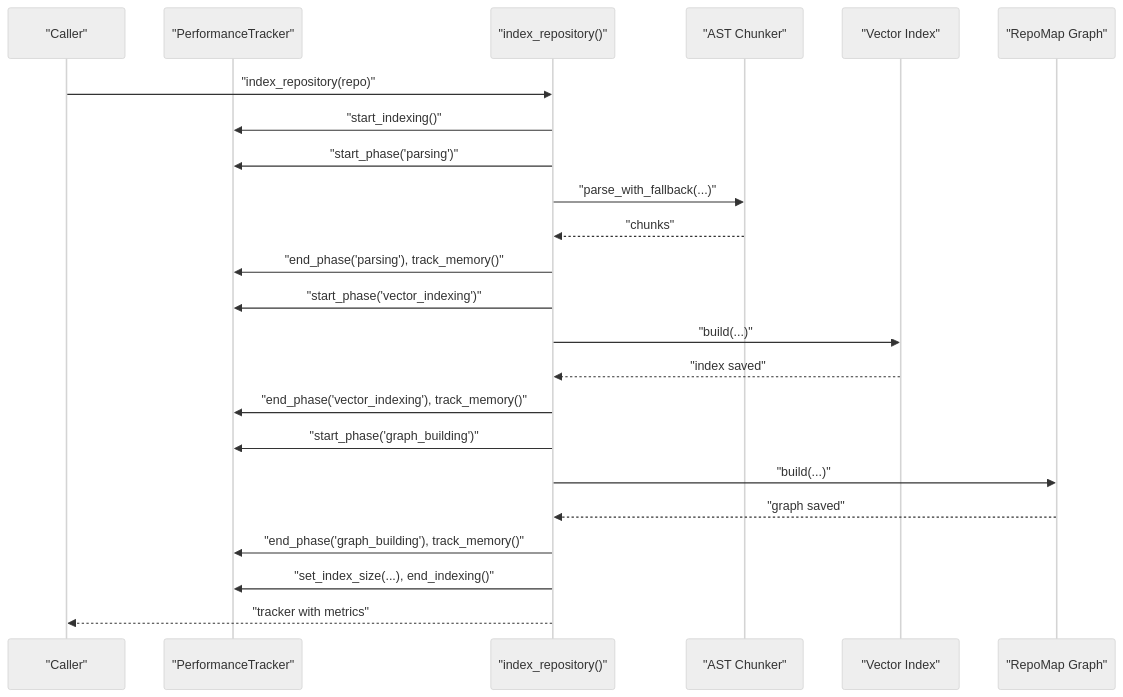
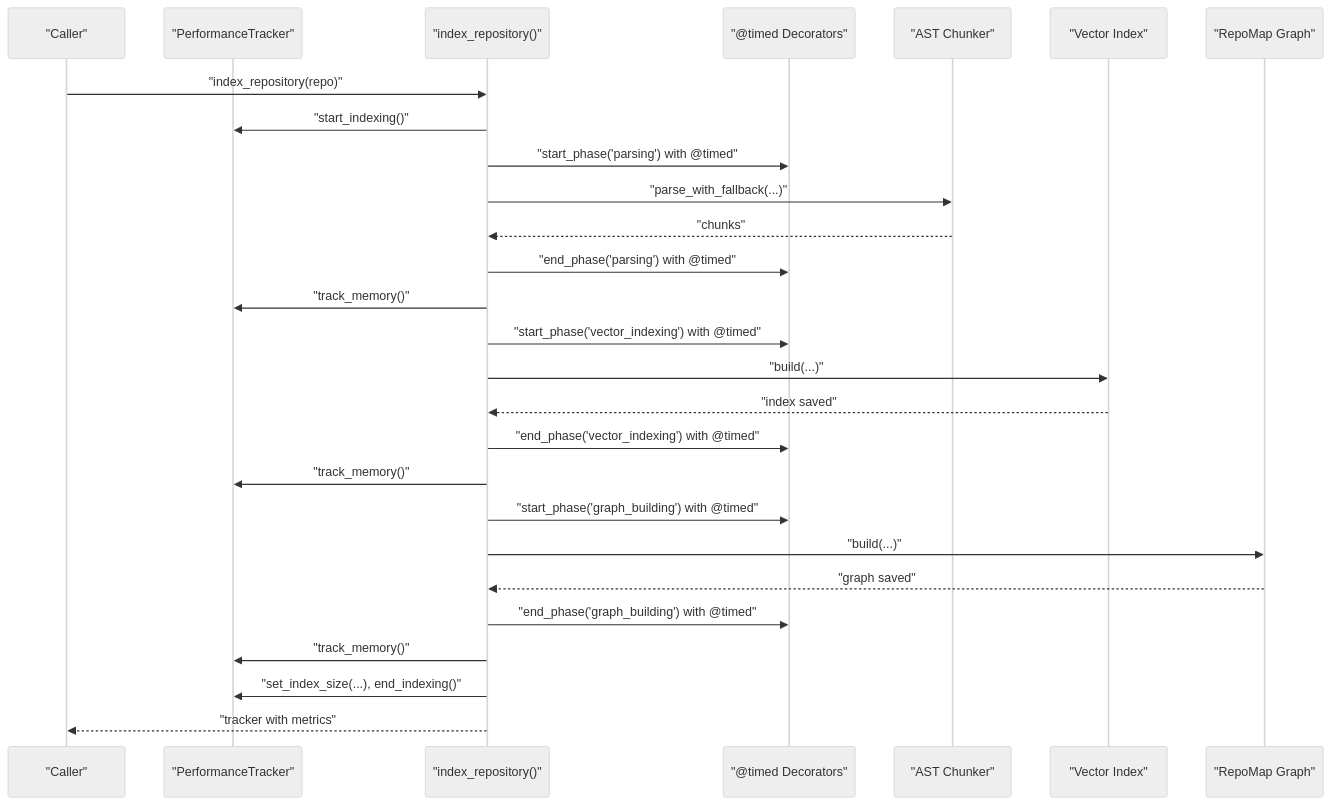
Before and after one commit to maemreyo/zmr-ctx-paker: the second of 8 diagrams in .qoder/repowiki/en/content/Performance & Optimization/Performance Monitoring.md, drawn with Mermaid (neutral theme). The commit also changed other lines of this file and 94 other files, not shown here.

````diff
--- a/.qoder/repowiki/en/content/Performance & Optimization/Performance Monitoring.md
+++ b/.qoder/repowiki/en/content/Performance & Optimization/Performance Monitoring.md
@@ -97,25 +131,29 @@
 ```mermaid
 sequenceDiagram
 participant User as "Caller"
 participant Tracker as "PerformanceTracker"
 participant Workflow as "index_repository()"
+participant Timing as "@timed Decorators"
 participant Chunker as "AST Chunker"
 participant VIdx as "Vector Index"
 participant Graph as "RepoMap Graph"
 User->>Workflow : "index_repository(repo)"
 Workflow->>Tracker : "start_indexing()"
-Workflow->>Tracker : "start_phase('parsing')"
+Workflow->>Timing : "start_phase('parsing') with @timed"
 Workflow->>Chunker : "parse_with_fallback(...)"
 Chunker-->>Workflow : "chunks"
-Workflow->>Tracker : "end_phase('parsing'), track_memory()"
-Workflow->>Tracker : "start_phase('vector_indexing')"
+Workflow->>Timing : "end_phase('parsing') with @timed"
+Workflow->>Tracker : "track_memory()"
+Workflow->>Timing : "start_phase('vector_indexing') with @timed"
 Workflow->>VIdx : "build(...)"
 VIdx-->>Workflow : "index saved"
-Workflow->>Tracker : "end_phase('vector_indexing'), track_memory()"
-Workflow->>Tracker : "start_phase('graph_building')"
+Workflow->>Timing : "end_phase('vector_indexing') with @timed"
+Workflow->>Tracker : "track_memory()"
+Workflow->>Timing : "start_phase('graph_building') with @timed"
 Workflow->>Graph : "build(...)"
 Graph-->>Workflow : "graph saved"
-Workflow->>Tracker : "end_phase('graph_building'), track_memory()"
+Workflow->>Timing : "end_phase('graph_building') with @timed"
+Workflow->>Tracker : "track_memory()"
 Workflow->>Tracker : "set_index_size(...), end_indexing()"
 Workflow-->>User : "tracker with metrics"
 ```
````
